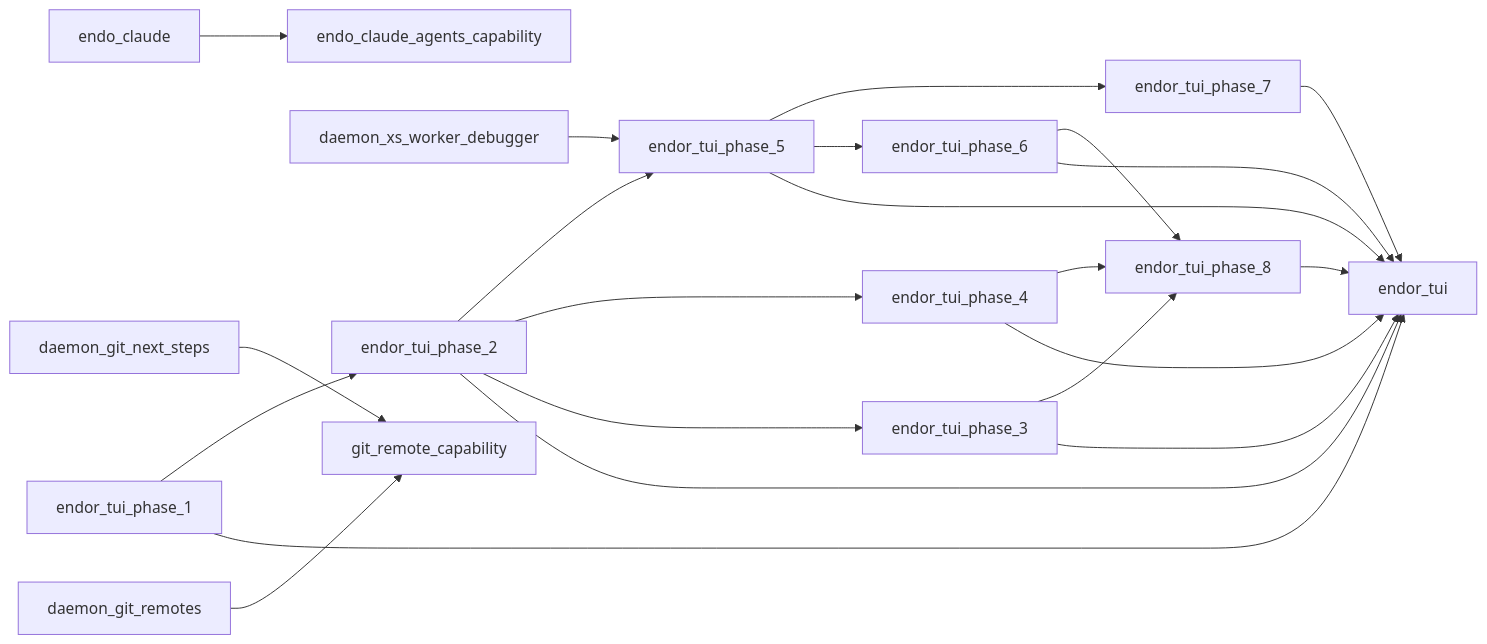
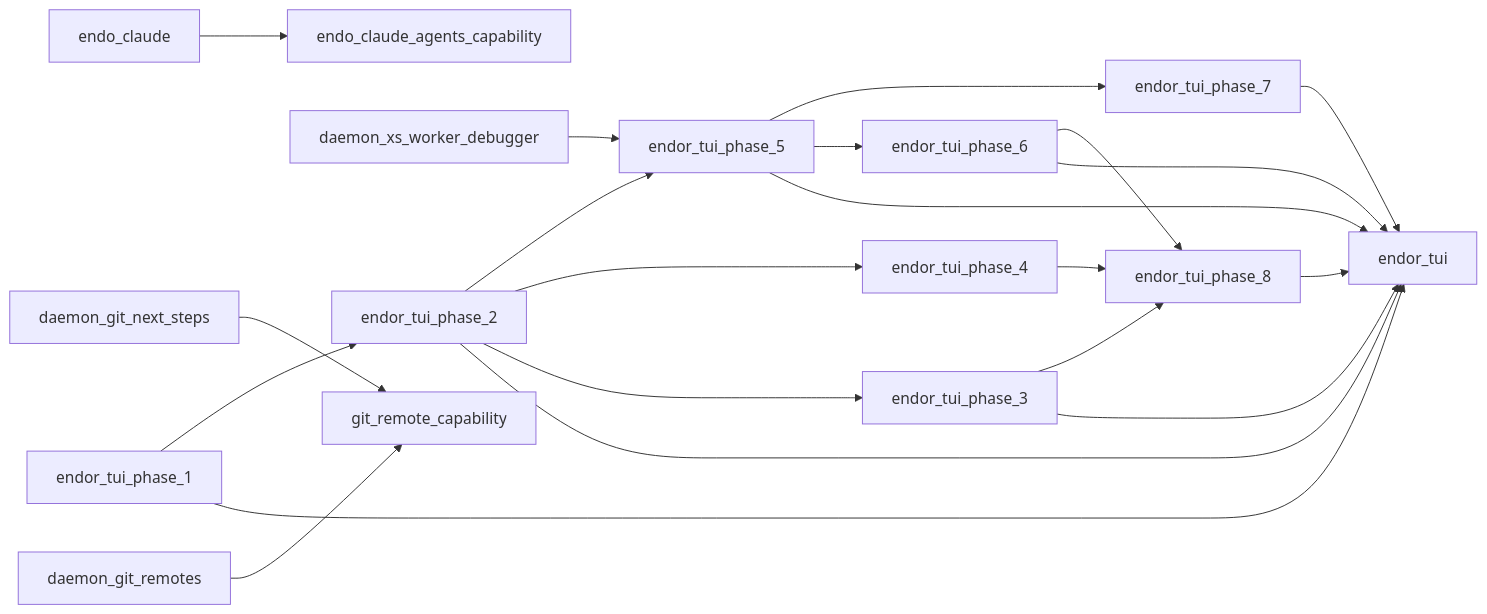
One commit to kriscendobot/garden changed the diagram in plan/README.md. Above: the diagram before and after it, drawn with Mermaid.

Commit message:
plan: re-render roadmap view from records

````diff
--- a/plan/README.md
+++ b/plan/README.md
@@ -194,24 +194,23 @@
 ```mermaid
 flowchart LR
   endor_tui_phase_1 --> endor_tui
   endor_tui_phase_2 --> endor_tui
   endor_tui_phase_3 --> endor_tui
-  endor_tui_phase_4 --> endor_tui
   endor_tui_phase_5 --> endor_tui
   endor_tui_phase_6 --> endor_tui
   endor_tui_phase_7 --> endor_tui
   endor_tui_phase_8 --> endor_tui
   endor_tui_phase_1 --> endor_tui_phase_2
   endor_tui_phase_2 --> endor_tui_phase_3
   endor_tui_phase_2 --> endor_tui_phase_4
   endor_tui_phase_2 --> endor_tui_phase_5
   daemon_xs_worker_debugger --> endor_tui_phase_5
   endor_tui_phase_5 --> endor_tui_phase_6
   endor_tui_phase_5 --> endor_tui_phase_7
   endor_tui_phase_3 --> endor_tui_phase_8
   endor_tui_phase_4 --> endor_tui_phase_8
   endor_tui_phase_6 --> endor_tui_phase_8
   endo_claude --> endo_claude_agents_capability
   daemon_git_remotes --> git_remote_capability
   daemon_git_next_steps --> git_remote_capability
 ```
````
